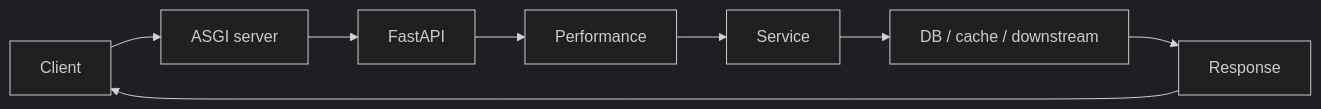
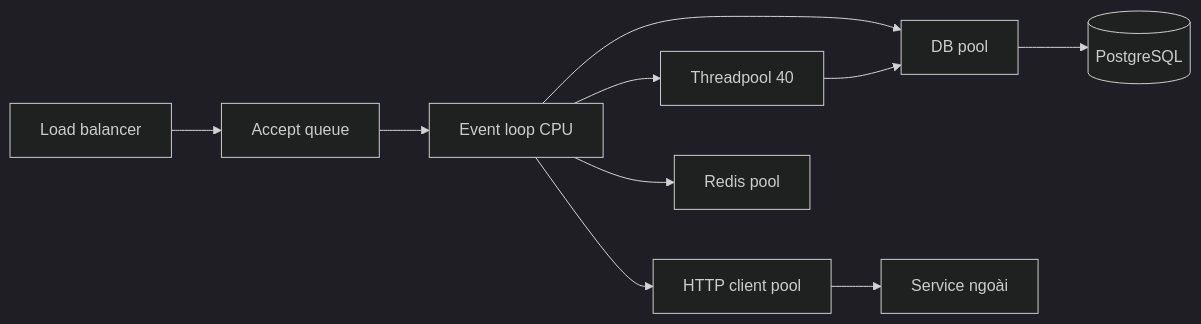
The first of 2 diagrams in python/knowledges/03-fastapi/performance.md (HuyNguyen-FinX/Try_Hard), drawn with Mermaid (dark theme) before and after one commit. The commit also changed other lines of this file and 139 other files, not shown here.

````diff
--- a/python/knowledges/03-fastapi/performance.md
+++ b/python/knowledges/03-fastapi/performance.md
@@ -150,7 +13,12 @@
 ```mermaid
 flowchart LR
-            Client --> ASGI["ASGI server"] --> FastAPI
-            FastAPI --> Topic["Performance"]
-            Topic --> Service --> Dependency["DB / cache / downstream"]
-            Dependency --> Response --> Client
+    LB["Load balancer"] --> AQ["Accept queue"]
+    AQ --> EL["Event loop CPU"]
+    EL --> TP["Threadpool 40"]
+    EL --> DBP["DB pool"]
+    TP --> DBP
+    DBP --> DB[("PostgreSQL")]
+    EL --> HP["HTTP client pool"]
+    HP --> Dep["Service ngoài"]
+    EL --> RC["Redis pool"]
 ```
````
